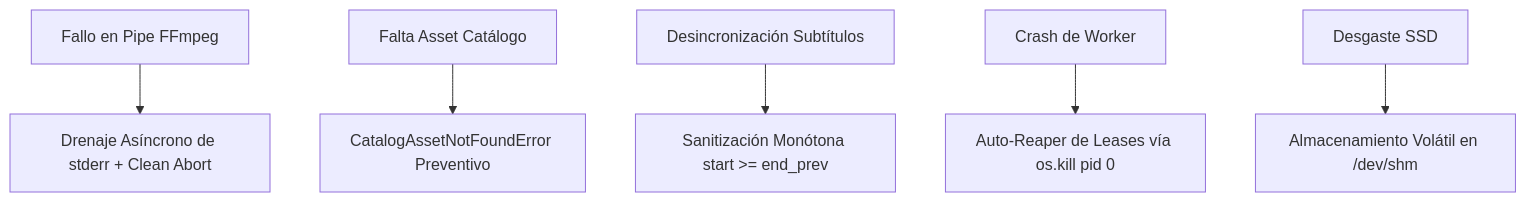
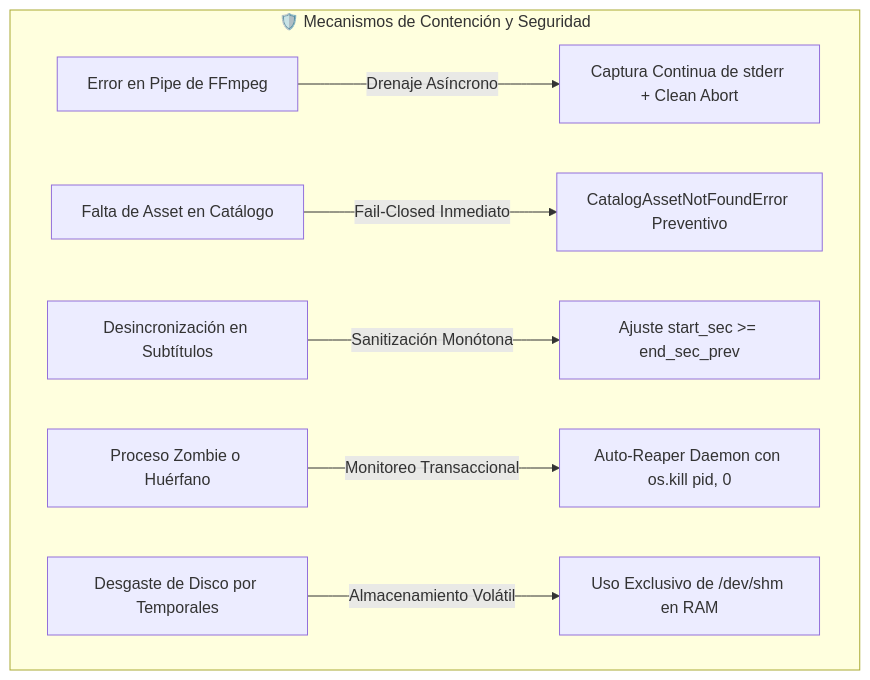
Before and after one commit to soyaelithia-ui/yt-auto: the fifth of 5 diagrams in docs/PLAN_MAESTRO_PIPELINE_VISUAL.md, drawn with Mermaid. The commit also changed other lines of this file and 81 other files, not shown here.

Commit message:
chore: prune legacy graphics and enable cookie uploads

````diff
--- a/docs/PLAN_MAESTRO_PIPELINE_VISUAL.md
+++ b/docs/PLAN_MAESTRO_PIPELINE_VISUAL.md
@@ -125,8 +297,10 @@
 ```mermaid
 graph TD
-    M1[Fallo en Pipe FFmpeg] --> R1[Drenaje Asíncrono de stderr + Clean Abort]
-    M2[Falta Asset Catálogo] --> R2[CatalogAssetNotFoundError Preventivo]
-    M3[Desincronización Subtítulos] --> R3[Sanitización Monótona start >= end_prev]
-    M4[Crash de Worker] --> R4[Auto-Reaper de Leases vía os.kill pid 0]
-    M5[Desgaste SSD] --> R5[Almacenamiento Volátil en /dev/shm]
+    subgraph RESILIENCIA["🛡️ Mecanismos de Contención y Seguridad"]
+        M1[Error en Pipe de FFmpeg] -->|Drenaje Asíncrono| R1[Captura Continua de stderr + Clean Abort]
+        M2[Falta de Asset en Catálogo] -->|Fail-Closed Inmediato| R2[CatalogAssetNotFoundError Preventivo]
+        M3[Desincronización en Subtítulos] -->|Sanitización Monótona| R3[Ajuste start_sec >= end_sec_prev]
+        M4[Proceso Zombie o Huérfano] -->|Monitoreo Transaccional| R4[Auto-Reaper Daemon con os.kill pid, 0]
+        M5[Desgaste de Disco por Temporales] -->|Almacenamiento Volátil| R5[Uso Exclusivo de /dev/shm en RAM]
+    end
 ```
````
